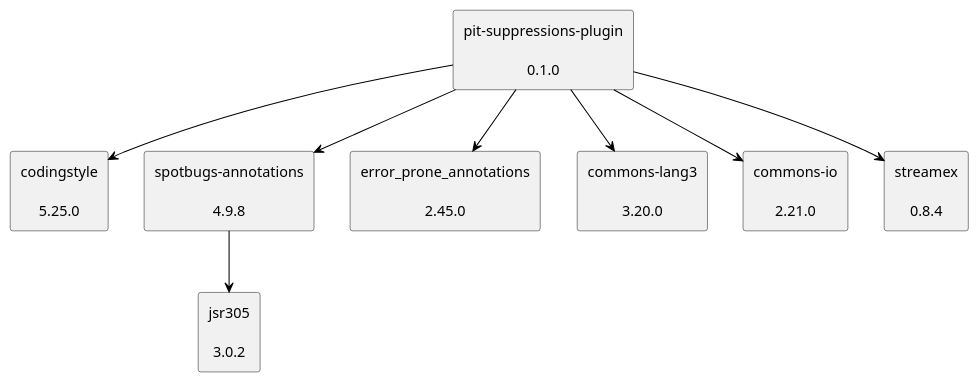
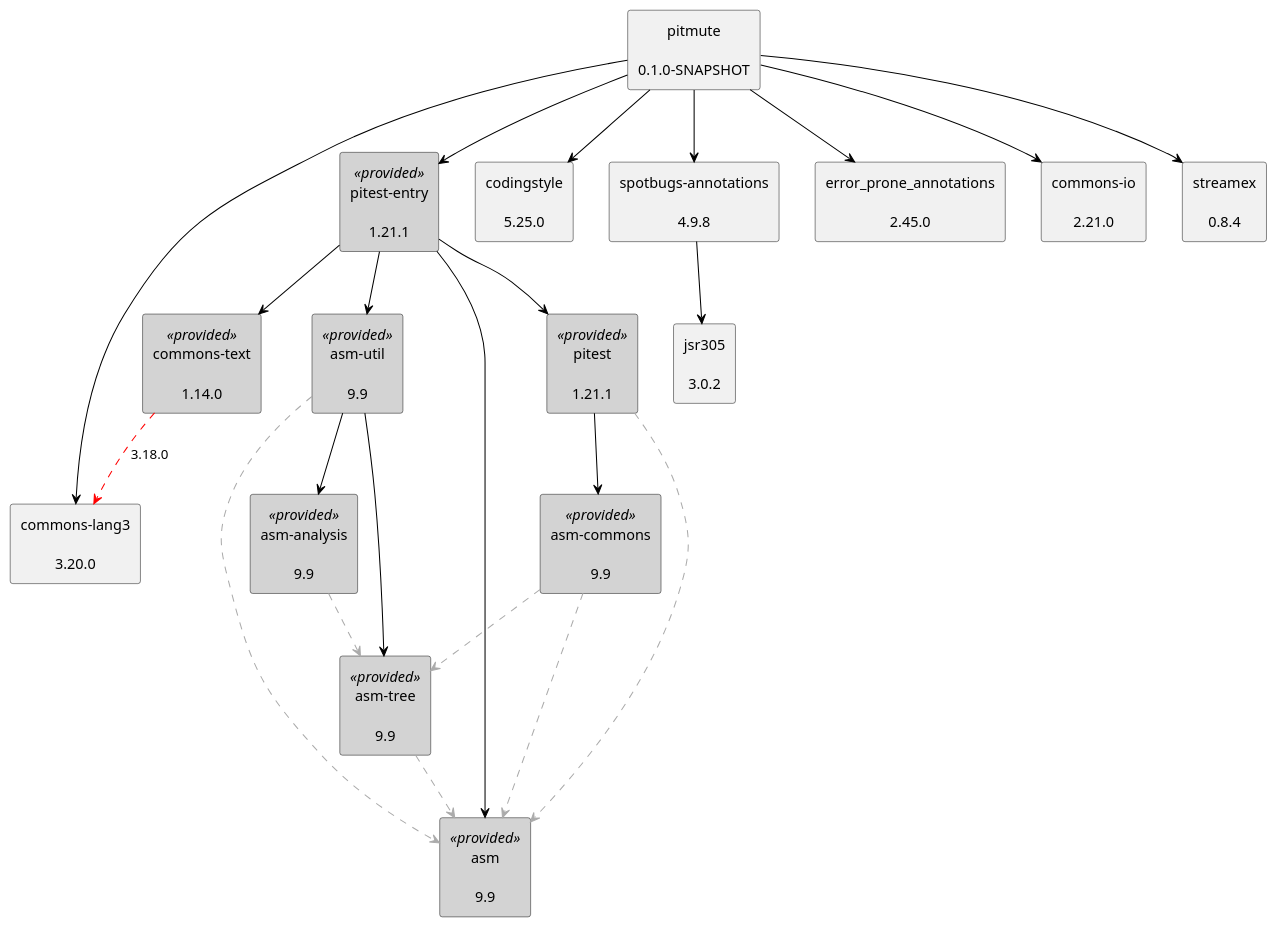
Before and after one commit to j-zehner/pit-suppressions-plugin: the diagram in doc/dependency-graph.puml, drawn with PlantUML.

Commit message:
Update dependency graph to latest versions from POM

```diff
--- a/doc/dependency-graph.puml
+++ b/doc/dependency-graph.puml
@@ -1,24 +1,47 @@
 @startuml
 skinparam defaultTextAlignment center
 skinparam rectangle {
   BackgroundColor<<optional>> beige
   BackgroundColor<<test>> lightGreen
   BackgroundColor<<runtime>> lightBlue
   BackgroundColor<<provided>> lightGray
 }
-rectangle "pit-suppressions-plugin\n\n0.1.0" as edu_hm_hafner_pit_suppressions_plugin_jar
+rectangle "pitest\n\n1.21.1" as org_pitest_pitest_jar<<provided>>
+rectangle "asm\n\n9.9" as org_ow2_asm_asm_jar<<provided>>
+rectangle "asm-commons\n\n9.9" as org_ow2_asm_asm_commons_jar<<provided>>
+rectangle "asm-tree\n\n9.9" as org_ow2_asm_asm_tree_jar<<provided>>
+rectangle "pitest-entry\n\n1.21.1" as org_pitest_pitest_entry_jar<<provided>>
+rectangle "asm-util\n\n9.9" as org_ow2_asm_asm_util_jar<<provided>>
+rectangle "asm-analysis\n\n9.9" as org_ow2_asm_asm_analysis_jar<<provided>>
+rectangle "commons-text\n\n1.14.0" as org_apache_commons_commons_text_jar<<provided>>
+rectangle "commons-lang3\n\n3.20.0" as org_apache_commons_commons_lang3_jar
+rectangle "pitmute\n\n0.1.0-SNAPSHOT" as edu_hm_hafner_pitmute_jar
 rectangle "codingstyle\n\n5.25.0" as edu_hm_hafner_codingstyle_jar
 rectangle "spotbugs-annotations\n\n4.9.8" as com_github_spotbugs_spotbugs_annotations_jar
 rectangle "jsr305\n\n3.0.2" as com_google_code_findbugs_jsr305_jar
 rectangle "error_prone_annotations\n\n2.45.0" as com_google_errorprone_error_prone_annotations_jar
-rectangle "commons-lang3\n\n3.20.0" as org_apache_commons_commons_lang3_jar
 rectangle "commons-io\n\n2.21.0" as commons_io_commons_io_jar
 rectangle "streamex\n\n0.8.4" as one_util_streamex_jar
-edu_hm_hafner_pit_suppressions_plugin_jar -[#000000]-> edu_hm_hafner_codingstyle_jar
+org_pitest_pitest_jar .[#ABABAB].> org_ow2_asm_asm_jar
+org_ow2_asm_asm_commons_jar .[#ABABAB].> org_ow2_asm_asm_jar
+org_ow2_asm_asm_commons_jar .[#ABABAB].> org_ow2_asm_asm_tree_jar
+org_pitest_pitest_jar -[#000000]-> org_ow2_asm_asm_commons_jar
+org_pitest_pitest_entry_jar -[#000000]-> org_pitest_pitest_jar
+org_pitest_pitest_entry_jar -[#000000]-> org_ow2_asm_asm_jar
+org_ow2_asm_asm_util_jar .[#ABABAB].> org_ow2_asm_asm_jar
+org_ow2_asm_asm_tree_jar .[#ABABAB].> org_ow2_asm_asm_jar
+org_ow2_asm_asm_util_jar -[#000000]-> org_ow2_asm_asm_tree_jar
+org_ow2_asm_asm_analysis_jar .[#ABABAB].> org_ow2_asm_asm_tree_jar
+org_ow2_asm_asm_util_jar -[#000000]-> org_ow2_asm_asm_analysis_jar
+org_pitest_pitest_entry_jar -[#000000]-> org_ow2_asm_asm_util_jar
+org_apache_commons_commons_text_jar .[#FF0000].> org_apache_commons_commons_lang3_jar: 3.18.0
+org_pitest_pitest_entry_jar -[#000000]-> org_apache_commons_commons_text_jar
+edu_hm_hafner_pitmute_jar -[#000000]-> org_pitest_pitest_entry_jar
+edu_hm_hafner_pitmute_jar -[#000000]-> edu_hm_hafner_codingstyle_jar
 com_github_spotbugs_spotbugs_annotations_jar -[#000000]-> com_google_code_findbugs_jsr305_jar
-edu_hm_hafner_pit_suppressions_plugin_jar -[#000000]-> com_github_spotbugs_spotbugs_annotations_jar
-edu_hm_hafner_pit_suppressions_plugin_jar -[#000000]-> com_google_errorprone_error_prone_annotations_jar
-edu_hm_hafner_pit_suppressions_plugin_jar -[#000000]-> org_apache_commons_commons_lang3_jar
-edu_hm_hafner_pit_suppressions_plugin_jar -[#000000]-> commons_io_commons_io_jar
-edu_hm_hafner_pit_suppressions_plugin_jar -[#000000]-> one_util_streamex_jar
+edu_hm_hafner_pitmute_jar -[#000000]-> com_github_spotbugs_spotbugs_annotations_jar
+edu_hm_hafner_pitmute_jar -[#000000]-> com_google_errorprone_error_prone_annotations_jar
+edu_hm_hafner_pitmute_jar -[#000000]-> org_apache_commons_commons_lang3_jar
+edu_hm_hafner_pitmute_jar -[#000000]-> commons_io_commons_io_jar
+edu_hm_hafner_pitmute_jar -[#000000]-> one_util_streamex_jar
 @enduml
```
